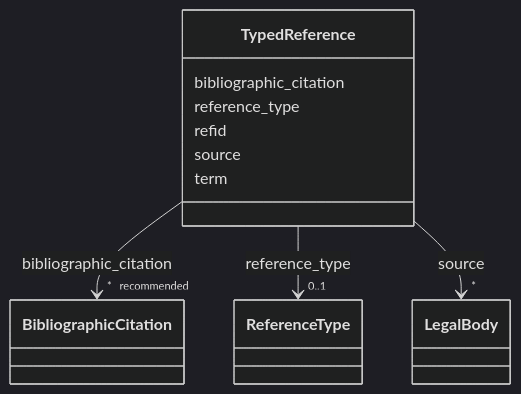
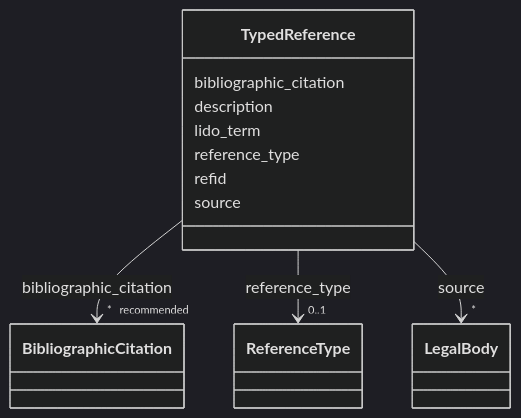
One commit to arqtrad/schema changed the diagram in docs/TypedReference.md. Above: the diagram before and after it, drawn with Mermaid (dark theme). The commit also changed other lines of this file and 215 other files, not shown here.

````diff
--- a/docs/TypedReference.md
+++ b/docs/TypedReference.md
@@ -23,43 +27,45 @@
 ```mermaid
  classDiagram
     class TypedReference
     click TypedReference href "../TypedReference/"
       TypedReference : bibliographic_citation
-
-
-
-
-
+        
+          
+    
+        
+        
         TypedReference --> "* _recommended_" BibliographicCitation : bibliographic_citation
         click BibliographicCitation href "../BibliographicCitation/"
+    
 
-
-
+        
+      TypedReference : description
+        
+      TypedReference : lido_term
+        
       TypedReference : reference_type
-
-
-
-
-
+        
+          
+    
+        
+        
         TypedReference --> "0..1" ReferenceType : reference_type
         click ReferenceType href "../ReferenceType/"
+    
 
-
-
+        
       TypedReference : refid
-
+        
       TypedReference : source
-
-
-
-
-
+        
+          
+    
+        
+        
         TypedReference --> "*" LegalBody : source
         click LegalBody href "../LegalBody/"
+    
 
-
-
-      TypedReference : term
-
-
+        
+      
 ```
````
